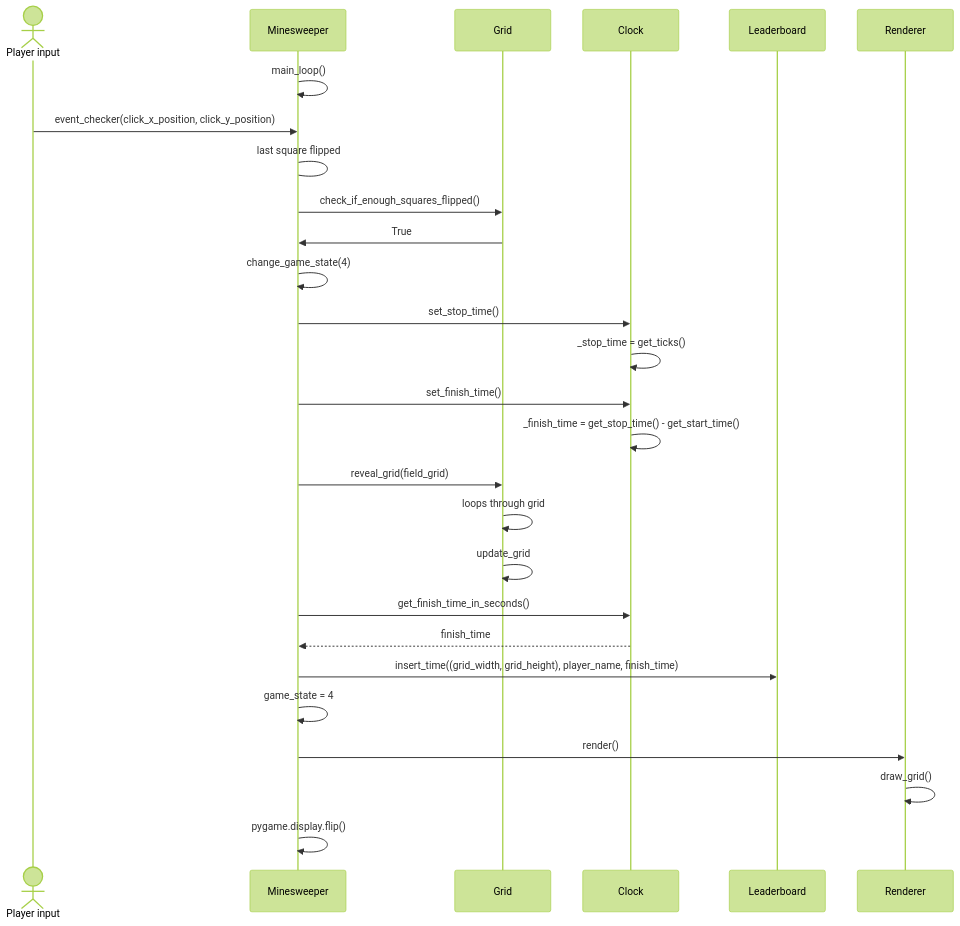
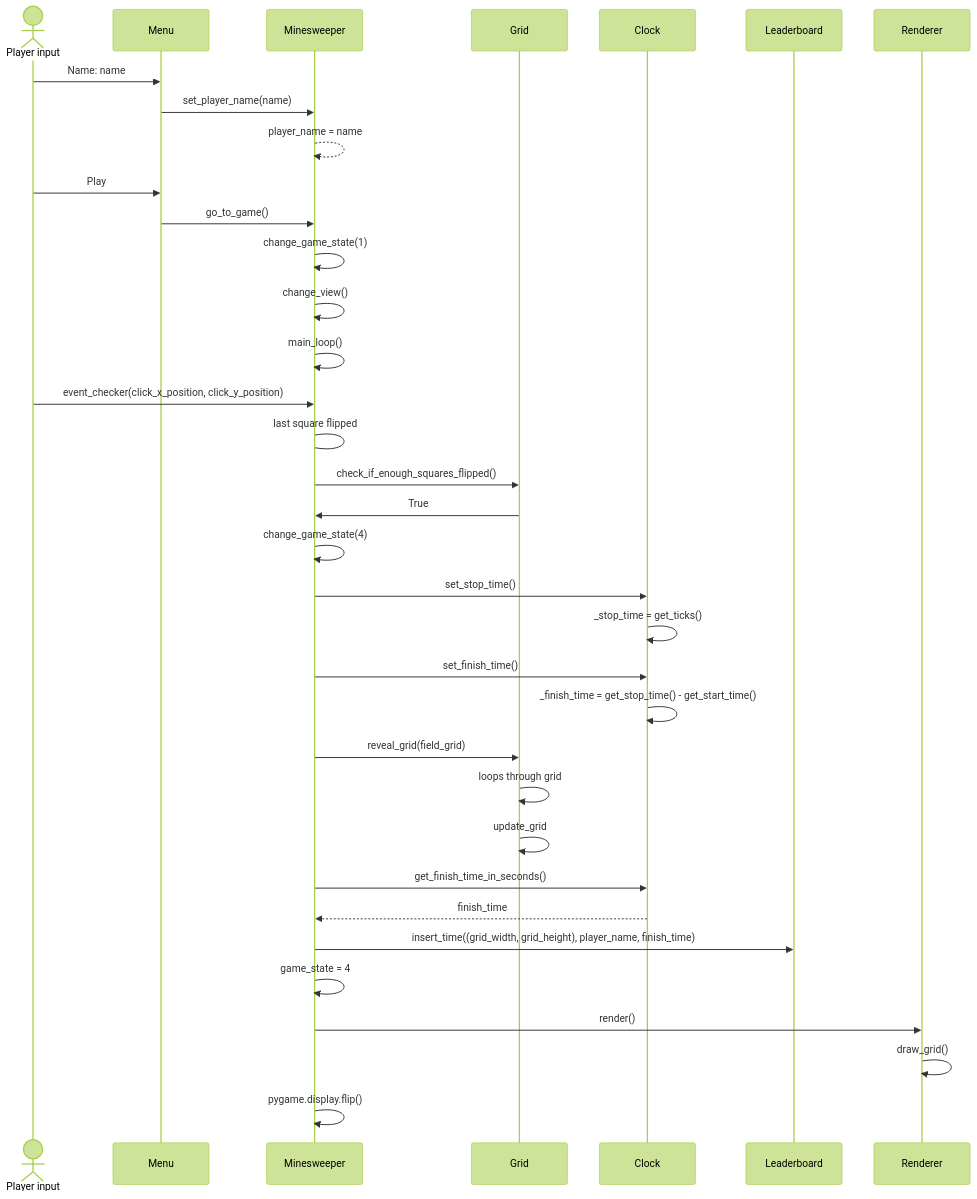
One commit to thefakejj/Minesweeper changed the fifth of 6 diagrams in documentation/arkkitehtuurikuvaus.md. Above: the diagram before and after it, drawn with Mermaid (forest theme). The commit also changed other lines of this file and 2 other files, not shown here.

````diff
--- a/documentation/arkkitehtuurikuvaus.md
+++ b/documentation/arkkitehtuurikuvaus.md
@@ -150,25 +163,33 @@
 ```mermaid
 sequenceDiagram
   actor Player input
+
+  Player input->>Menu: Name: name
+  Menu->>Minesweeper: set_player_name(name)
+  Minesweeper-->>Minesweeper: player_name = name
+  Player input->>Menu: Play
+  Menu->>Minesweeper: go_to_game()
+  Minesweeper->>Minesweeper: change_game_state(1)
+  Minesweeper->>Minesweeper: change_view()
   
   Minesweeper->>Minesweeper: main_loop()
   Player input->>Minesweeper: event_checker(click_x_position, click_y_position)
   Minesweeper->Minesweeper: last square flipped
   Minesweeper->>Grid: check_if_enough_squares_flipped()
   Grid->>Minesweeper: True
   Minesweeper->>Minesweeper: change_game_state(4)
   Minesweeper->>Clock: set_stop_time()
   Clock->>Clock: _stop_time = get_ticks()
   Minesweeper->>Clock: set_finish_time()
   Clock->>Clock: _finish_time = get_stop_time() - get_start_time()
   Minesweeper->>Grid: reveal_grid(field_grid)
   Grid->>Grid: loops through grid
   Grid->>Grid: update_grid
   Minesweeper->>Clock: get_finish_time_in_seconds()
   Clock-->>Minesweeper: finish_time
   Minesweeper->>Leaderboard: insert_time((grid_width, grid_height), player_name, finish_time)
   Minesweeper->>Minesweeper: game_state = 4
   Minesweeper->>Renderer: render()
   Renderer->>Renderer: draw_grid()
   Minesweeper->>Minesweeper: pygame.display.flip()
 ```
````
